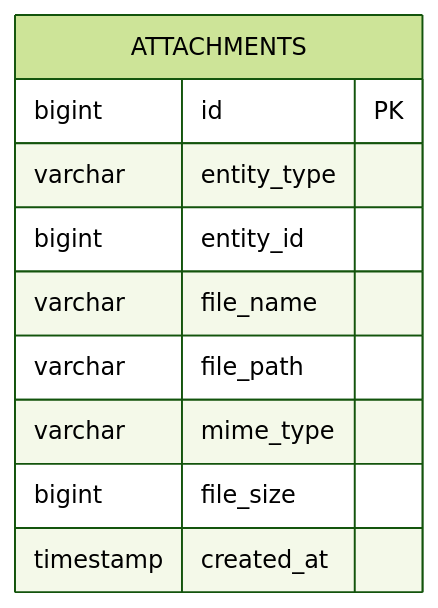
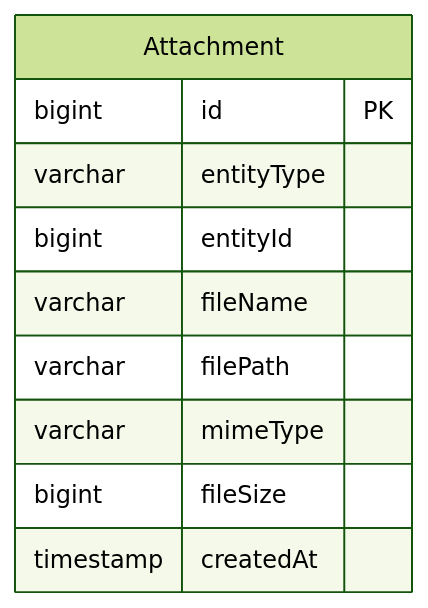
Before and after one commit to upleat-ax/u-maker-plugin: the sixth of 6 diagrams in skills/u-design/references/erd-spec.md, drawn with Mermaid (forest theme). The commit also changed other lines of this file and 2 other files, not shown here.

First line of the commit message:
feat: switch ERD naming convention to camelCase standard

````diff
--- a/skills/u-design/references/erd-spec.md
+++ b/skills/u-design/references/erd-spec.md
@@ -250,13 +251,13 @@
 ```mermaid
 erDiagram
-    ATTACHMENTS {
+    Attachment {
         bigint id PK
-        varchar entity_type
-        bigint entity_id
-        varchar file_name
-        varchar file_path
-        varchar mime_type
-        bigint file_size
-        timestamp created_at
+        varchar entityType
+        bigint entityId
+        varchar fileName
+        varchar filePath
+        varchar mimeType
+        bigint fileSize
+        timestamp createdAt
     }
 ```
````
